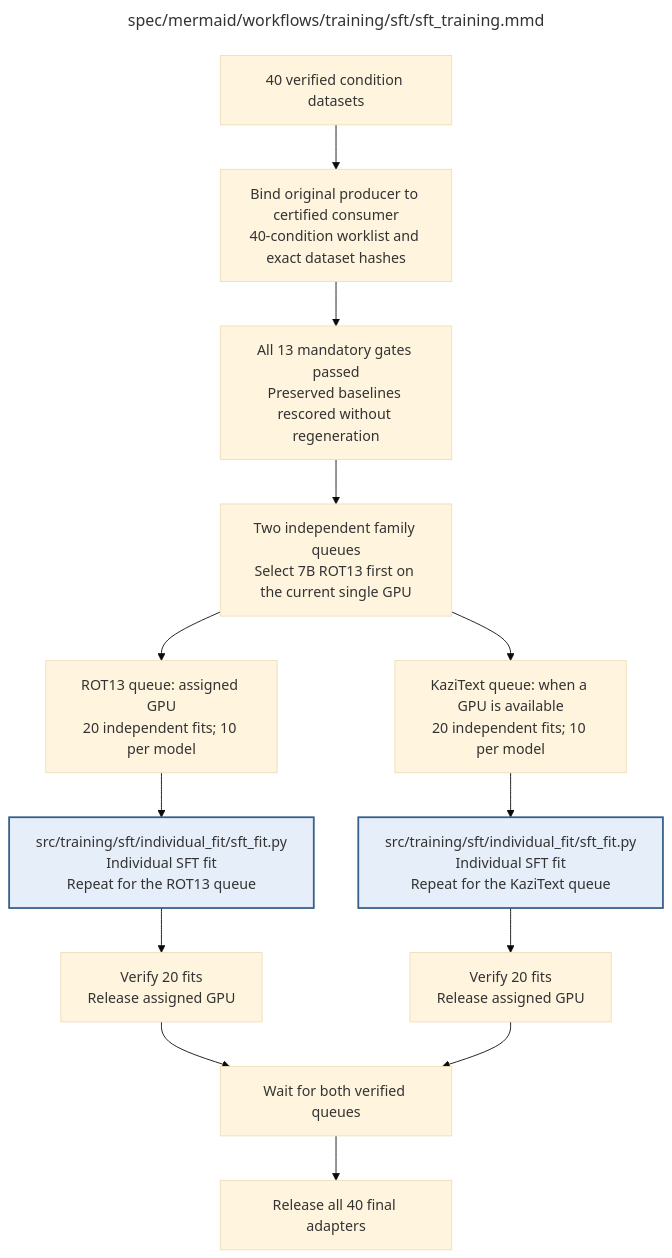
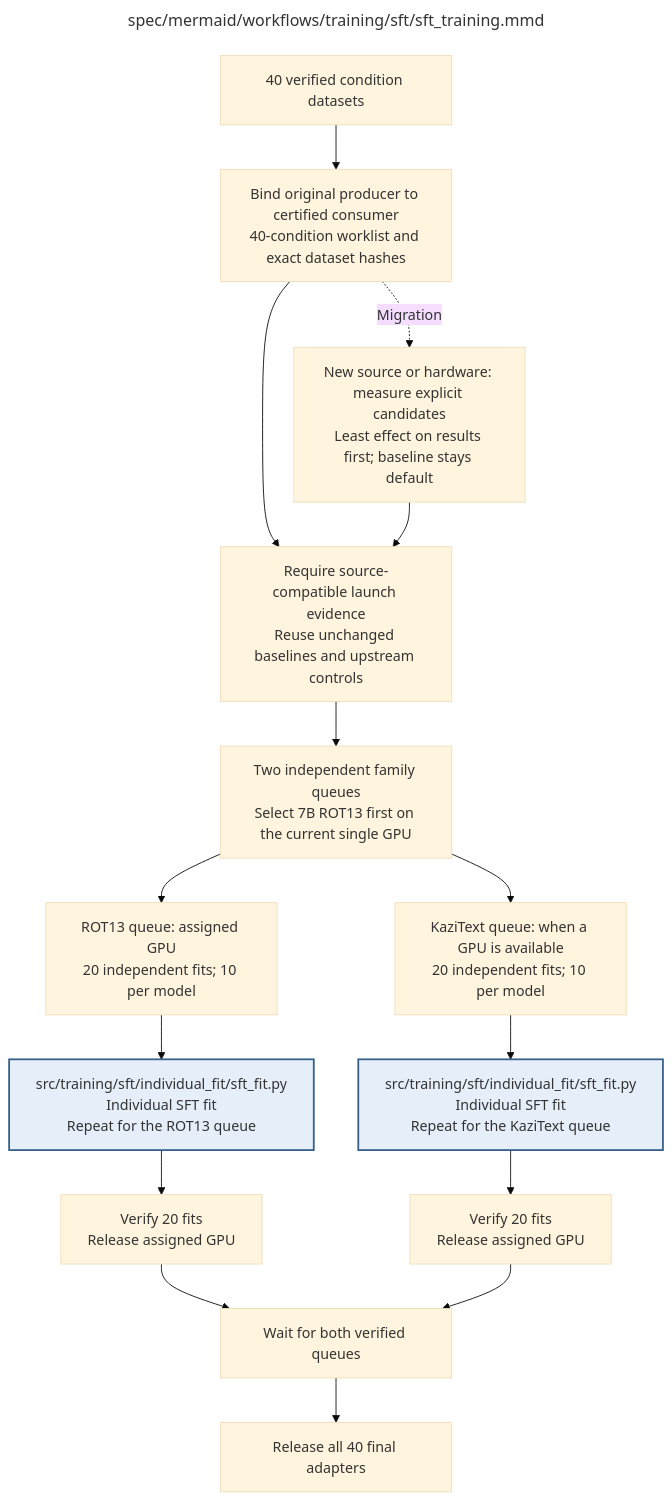
Before and after one commit to AJUNNYC/inducing_persistent_textual_chain_of_thought_illegibility: the diagram in docs/modules/training/sft/sft_training.md, drawn with Mermaid (base theme). The commit also changed other lines of this file and 19 other files, not shown here.

````diff
--- a/docs/modules/training/sft/sft_training.md
+++ b/docs/modules/training/sft/sft_training.md
@@ -55,41 +55,43 @@
 ```mermaid
 ---
 title: "spec/mermaid/workflows/training/sft/sft_training.mmd"
 ---
 flowchart TD
 %% SFT training schedule
 %% Edit quoted node labels directly; this is native Mermaid source.
 %% Contract: ../../shared_procedures/recovery_procedure.mmd applies to execution failures.
 %% Each queue covers 7B and 14B at all 10 levels; fits are independent and start from untouched bases.
 %% Within each queue, select the next unfinished fit until all 20 are verified.
 %% Current certified launcher serializes selected model/levels on one GPU.
 %% Whole optimizer updates and full checkpoints must pass verified Drive barriers.
 %% Later adapter evaluation explicitly reuses the frozen vLLM measurement contract.
 %% A failed fit stops that queue and yields a partial report; the other queue may finish valid work.
 %% Child: ROTFIT => individual_fit/sft_fit.mmd
 %% Child: KAZFIT => individual_fit/sft_fit.mmd
     INPUT["40 verified condition datasets"]
     CERT["Bind original producer to certified consumer<br/>40-condition worklist and exact dataset hashes"]
-    GATES["All 13 mandatory gates passed<br/>Preserved baselines rescored without regeneration"]
+    GATES["Require source-compatible launch evidence<br/>Reuse unchanged baselines and upstream controls"]
     PLAN["Two independent family queues<br/>Select 7B ROT13 first on the current single GPU"]
     ROT["ROT13 queue: assigned GPU<br/>20 independent fits; 10 per model"]
     KAZ["KaziText queue: when a GPU is available<br/>20 independent fits; 10 per model"]
     ROTFIT["src/training/sft/individual_fit/sft_fit.py<br/>Individual SFT fit<br/>Repeat for the ROT13 queue"]
     KAZFIT["src/training/sft/individual_fit/sft_fit.py<br/>Individual SFT fit<br/>Repeat for the KaziText queue"]
     ROTDONE["Verify 20 fits<br/>Release assigned GPU"]
     KAZDONE["Verify 20 fits<br/>Release assigned GPU"]
     WAIT["Wait for both verified queues"]
     OUT["Release all 40 final adapters"]
+    BENCH["New source or hardware: measure explicit candidates<br/>Least effect on results first; baseline stays default"]
     INPUT --> CERT --> GATES --> PLAN
+    CERT -.->|Migration| BENCH --> GATES
     PLAN --> ROT --> ROTFIT --> ROTDONE --> WAIT
     PLAN --> KAZ --> KAZFIT --> KAZDONE --> WAIT
     WAIT --> OUT
     classDef detail fill:#e5eef9,stroke:#365f8a,stroke-width:2px
     class ROTFIT,KAZFIT detail
 
 %% Repository module: src/training/sft/sft_training.py
 %% Module documentation: docs/modules/training/sft/sft_training.md
 %% Unit test: tests/unit/training/sft/test_sft_training.py
 %% Owner: sft
 %% Source sections: C.2; E.1.1–E.1.3; E.2.2,E.2.5
 ```
````
